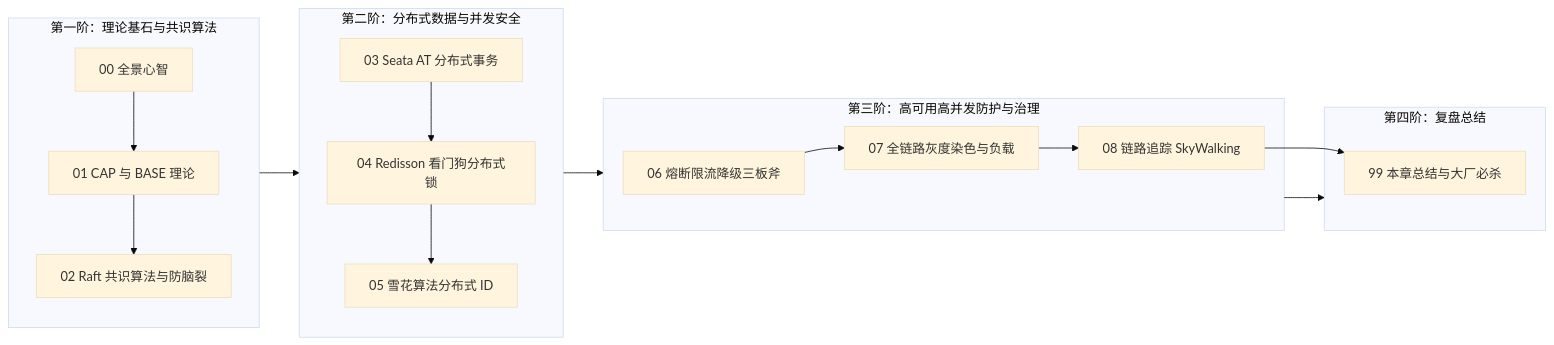
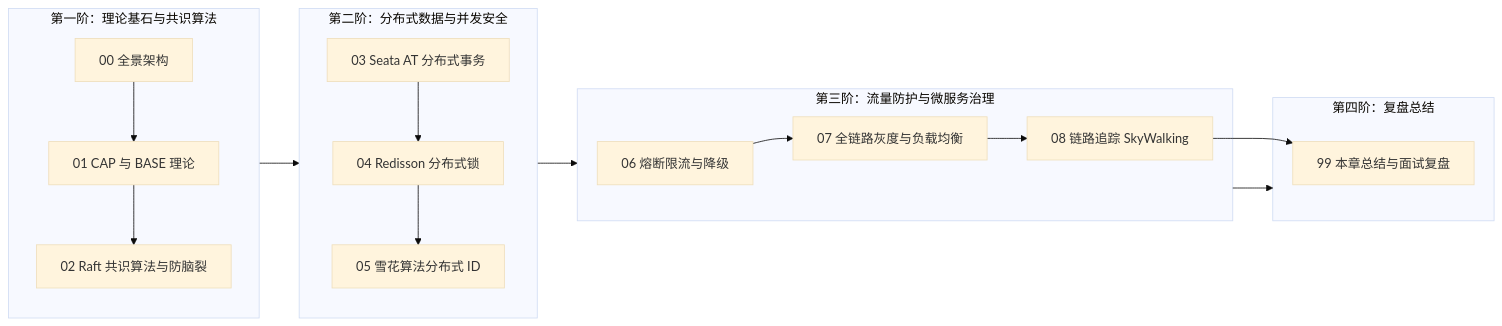
One commit to GuoWWWX/knowledge-base changed the diagram in 20-Java后端/07-分布式与微服务/_index.md. Above: the diagram before and after it, drawn with Mermaid (base theme). The commit also changed other lines of this file and 234 other files, not shown here.

````diff
--- a/20-Java后端/07-分布式与微服务/_index.md
+++ b/20-Java后端/07-分布式与微服务/_index.md
@@ -33,23 +32,23 @@
 ```mermaid
 flowchart LR
     subgraph 阶梯1["第一阶：理论基石与共识算法"]
-        M0["00 全景心智"] --> M1["01 CAP 与 BASE 理论"]
+        M0["00 全景架构"] --> M1["01 CAP 与 BASE 理论"]
         M1 --> M2["02 Raft 共识算法与防脑裂"]
     end
 
     subgraph 阶梯2["第二阶：分布式数据与并发安全"]
-        M3["03 Seata AT 分布式事务"] --> M4["04 Redisson 看门狗分布式锁"]
+        M3["03 Seata AT 分布式事务"] --> M4["04 Redisson 分布式锁"]
         M4 --> M5["05 雪花算法分布式 ID"]
     end
 
-    subgraph 阶梯3["第三阶：高可用高并发防护与治理"]
-        M6["06 熔断限流降级三板斧"] --> M7["07 全链路灰度染色与负载"]
+    subgraph 阶梯3["第三阶：流量防护与微服务治理"]
+        M6["06 熔断限流与降级"] --> M7["07 全链路灰度与负载均衡"]
         M7 --> M8["08 链路追踪 SkyWalking"]
     end
 
     subgraph 阶梯4["第四阶：复盘总结"]
-        M8 --> M99["99 本章总结与大厂必杀"]
+        M8 --> M99["99 本章总结与面试复盘"]
     end
 
     阶梯1 --> 阶梯2 --> 阶梯3 --> 阶梯4
 ```
````
